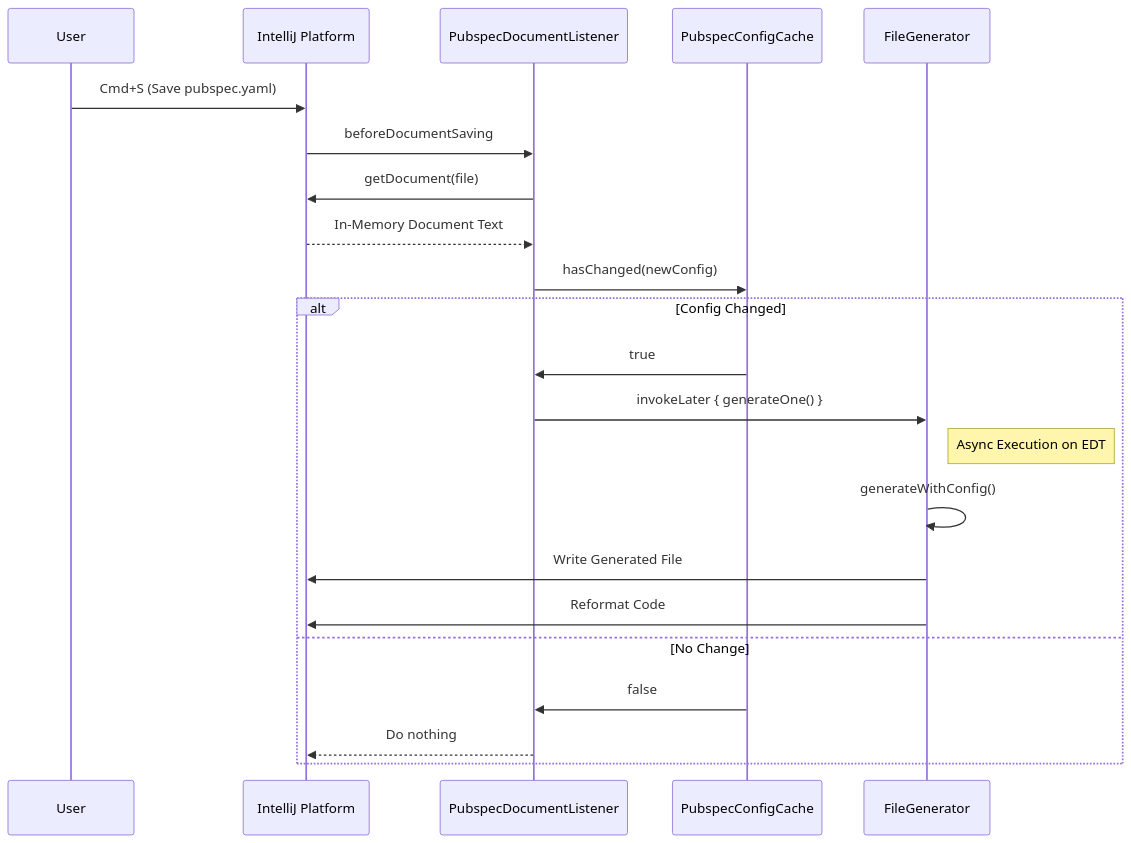
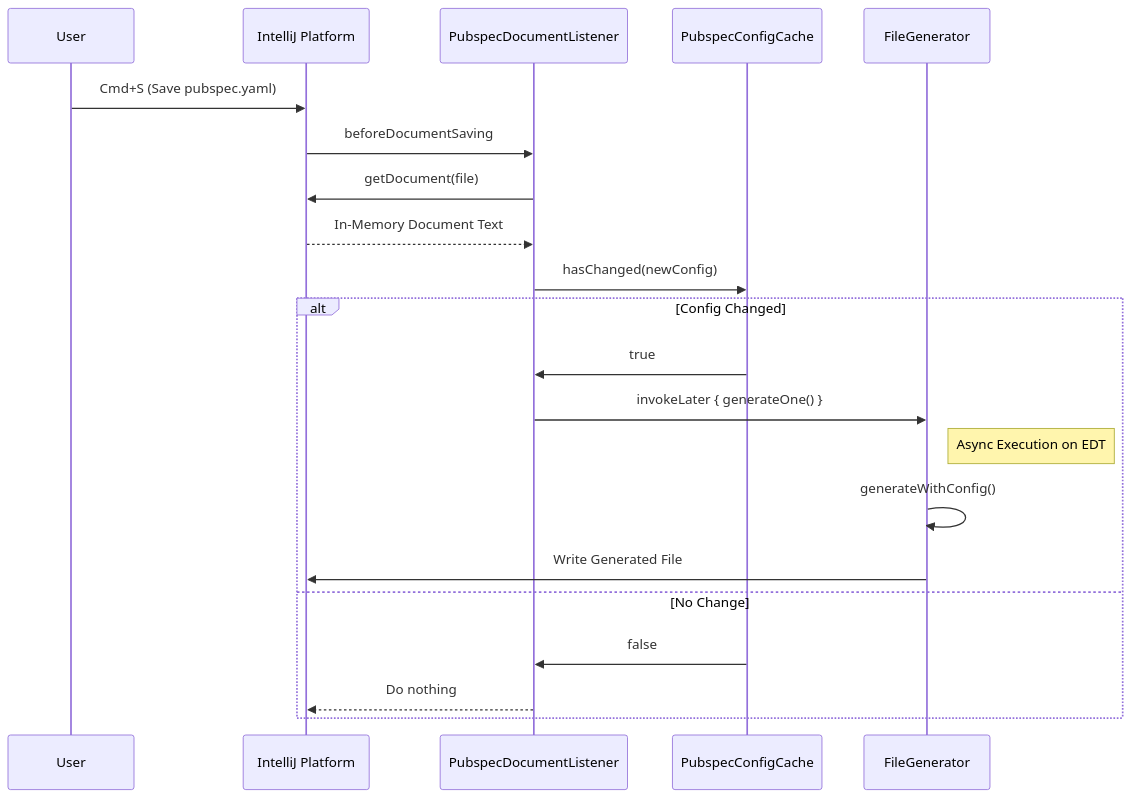
The second of 3 diagrams in doc/TECHNICAL_DESIGN.md (cr1992/FlutterAssetsGenerator), drawn with Mermaid before and after one commit. The commit also changed other lines of this file and 10 other files, not shown here.

````diff
--- a/doc/TECHNICAL_DESIGN.md
+++ b/doc/TECHNICAL_DESIGN.md
@@ -64,26 +64,25 @@
 ```mermaid
 sequenceDiagram
     participant User
     participant IDE as IntelliJ Platform
     participant Listener as PubspecDocumentListener
     participant Cache as PubspecConfigCache
     participant Gen as FileGenerator
 
     User->>IDE: Cmd+S (Save pubspec.yaml)
     IDE->>Listener: beforeDocumentSaving
     Listener->>IDE: getDocument(file)
     IDE-->>Listener: In-Memory Document Text
     Listener->>Cache: hasChanged(newConfig)
     
     alt Config Changed
         Cache->>Listener: true
         Listener->>Gen: invokeLater { generateOne() }
         Note right of Gen: Async Execution on EDT
         Gen->>Gen: generateWithConfig()
         Gen->>IDE: Write Generated File
-        Gen->>IDE: Reformat Code
     else No Change
         Cache->>Listener: false
         Listener-->>IDE: Do nothing
     end
 ```
````
